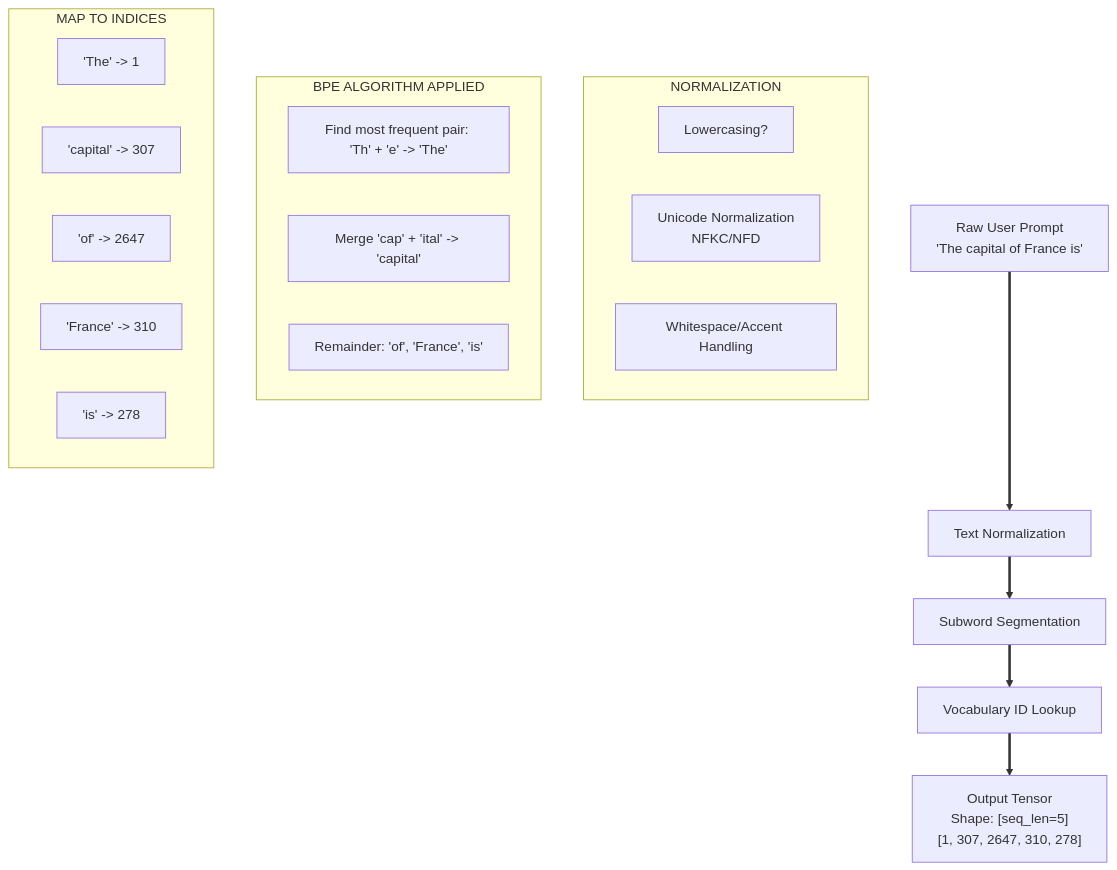
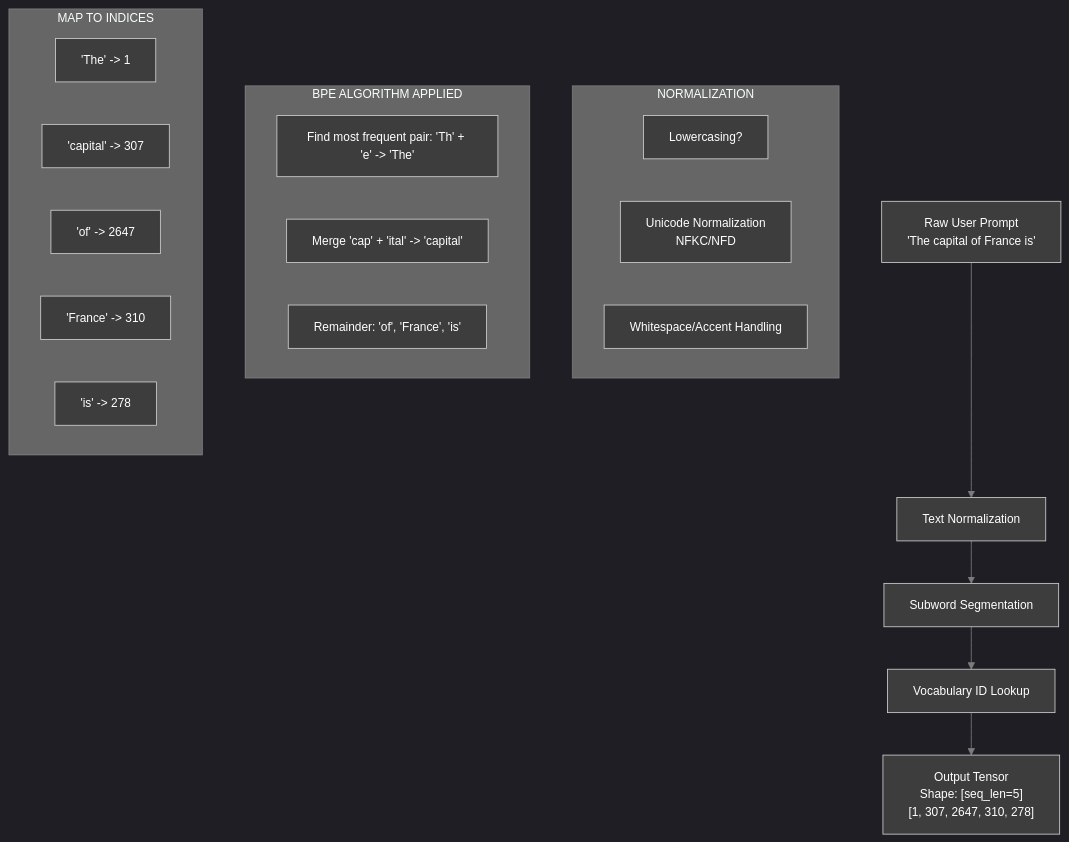
One commit to Shahriarin2garden/vllm_from_scratch changed the first of 14 diagrams in lab0.1/lab 0.111.md. Above: the diagram before and after it, drawn with Mermaid. The commit also changed other lines of this file and 2 other files, not shown here.

````diff
--- a/lab0.1/lab 0.111.md
+++ b/lab0.1/lab 0.111.md
@@ -97,30 +106,29 @@
 ```mermaid
+%%{init: {'theme':'dark', 'themeVariables': { 'primaryColor':'#3d3d3d','primaryTextColor':'#fff','primaryBorderColor':'#7c7c7c','lineColor':'#7c7c7c','secondaryColor':'#4a4a4a','tertiaryColor':'#3d3d3d','background':'#2d2d2d','mainBkg':'#3d3d3d','secondBkg':'#4a4a4a','textColor':'#fff','fontSize':'14px'}}}%%
 flowchart TD
     A["Raw User Prompt<br/>'The capital of France is'"] --> B_Node[Text Normalization];
     B_Node --> C_Node[Subword Segmentation];
     C_Node --> D_Node[Vocabulary ID Lookup];
 
     subgraph B_Subgraph [" NORMALIZATION "]
         B1[Lowercasing?]
         B2[Unicode Normalization<br/>NFKC/NFD]
         B3[Whitespace/Accent Handling]
     end
 
     subgraph C_Subgraph [" BPE ALGORITHM APPLIED "]
         C1["Find most frequent pair: 'Th' + 'e' -> 'The'"]
         C2["Merge 'cap' + 'ital' -> 'capital'"]
         C3["Remainder: 'of', 'France', 'is'"]
     end
 
     subgraph D_Subgraph [" MAP TO INDICES "]
         D1["'The' -> 1"]
         D2["'capital' -> 307"]
         D3["'of' -> 2647"]
         D4["'France' -> 310"]
         D5["'is' -> 278"]
     end
 
     D_Node --> E["Output Tensor<br/>Shape: [seq_len=5]<br/>[1, 307, 2647, 310, 278]"];
-
-    linkStyle default stroke:#333,stroke-width:3px
 ```
````
